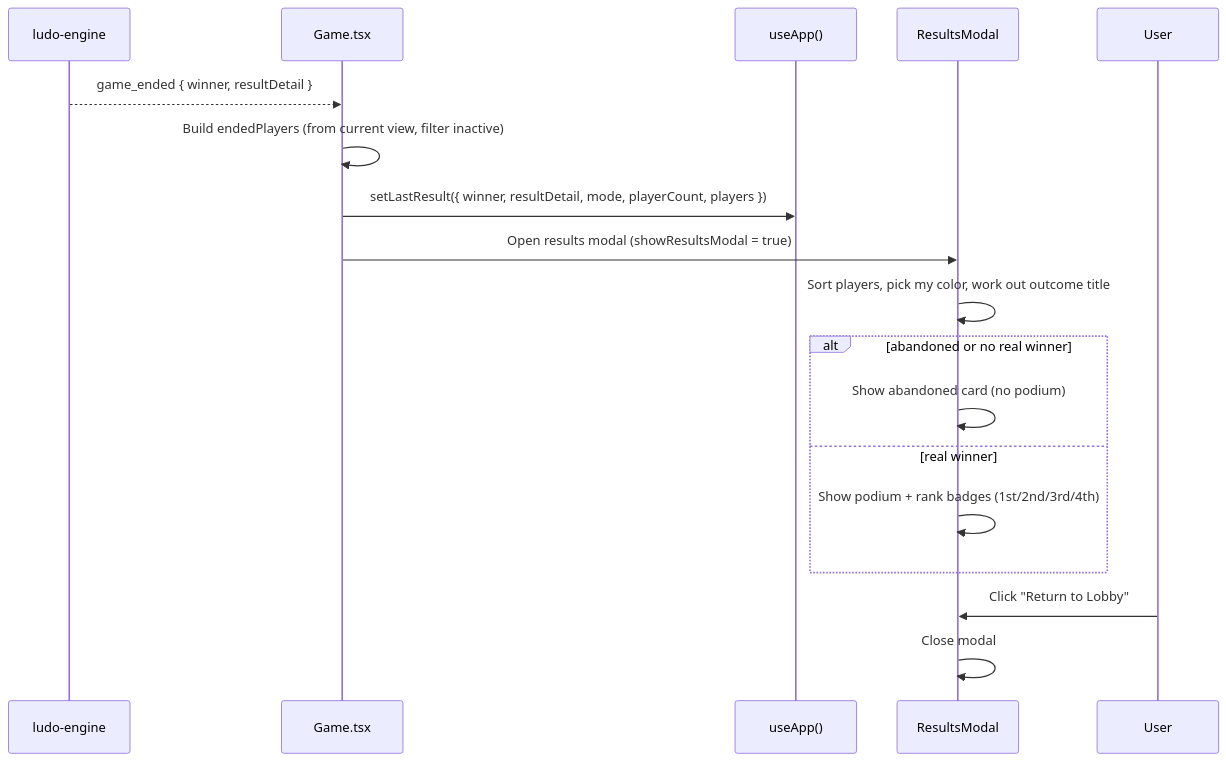
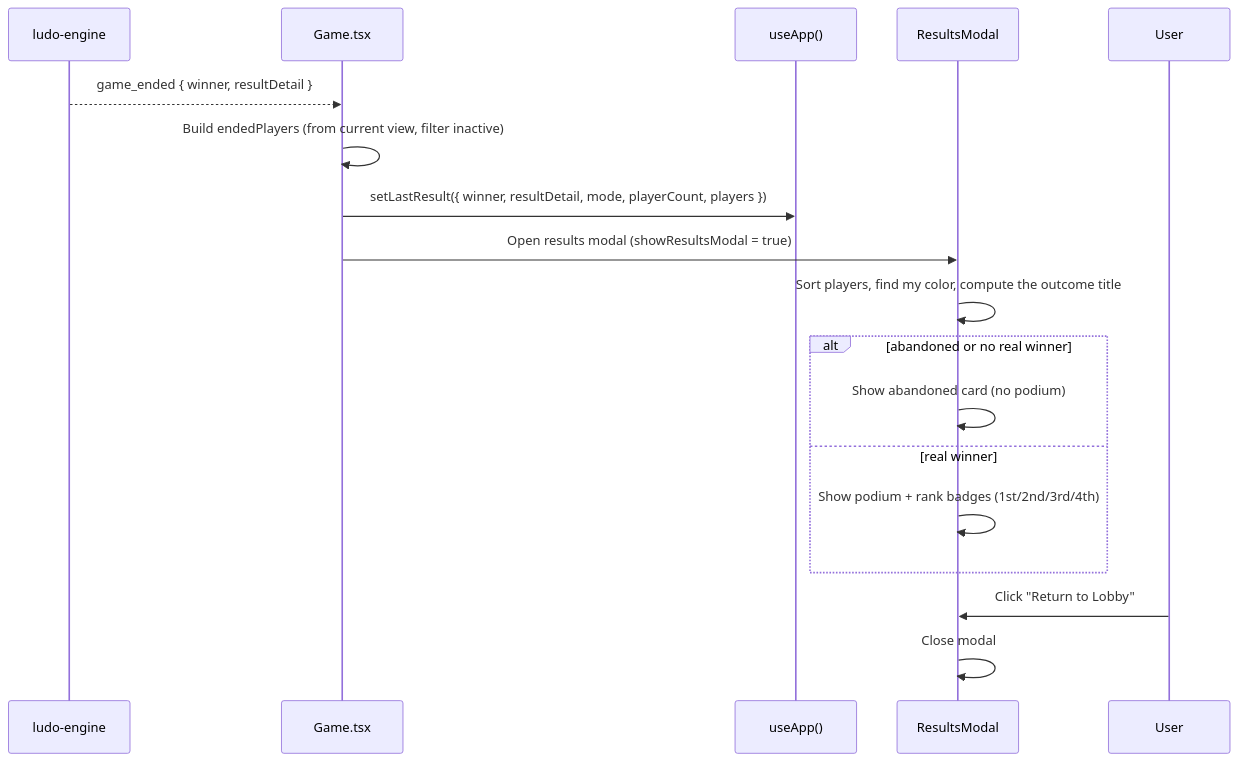
The diagram in docs/frontend/frontend-results-module.md (JaxzTan/ft_transcendence), drawn with Mermaid before and after one commit. The commit also changed other lines of this file and 39 other files, not shown here.

````diff
--- a/docs/frontend/frontend-results-module.md
+++ b/docs/frontend/frontend-results-module.md
@@ -67,20 +67,20 @@
 ```mermaid
 sequenceDiagram
     participant Engine as ludo-engine
     participant Game as Game.tsx
     participant Store as useApp()
     participant Modal as ResultsModal
 
     Engine-->>Game: game_ended { winner, resultDetail }
     Game->>Game: Build endedPlayers (from current view, filter inactive)
     Game->>Store: setLastResult({ winner, resultDetail, mode, playerCount, players })
     Game->>Modal: Open results modal (showResultsModal = true)
-    Modal->>Modal: Sort players, pick my color, work out outcome title
+    Modal->>Modal: Sort players, find my color, compute the outcome title
     alt abandoned or no real winner
         Modal->>Modal: Show abandoned card (no podium)
     else real winner
         Modal->>Modal: Show podium + rank badges (1st/2nd/3rd/4th)
     end
     User->>Modal: Click "Return to Lobby"
     Modal->>Modal: Close modal
 ```
````
